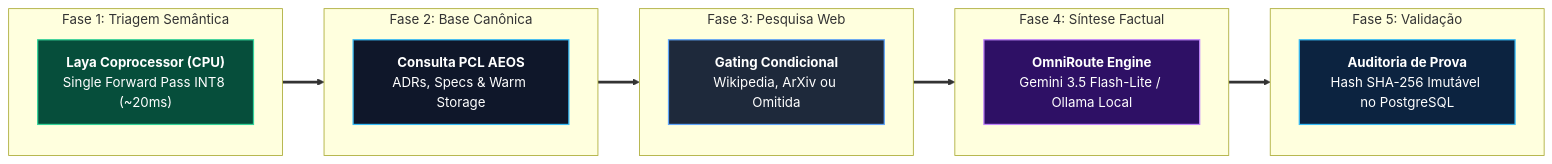
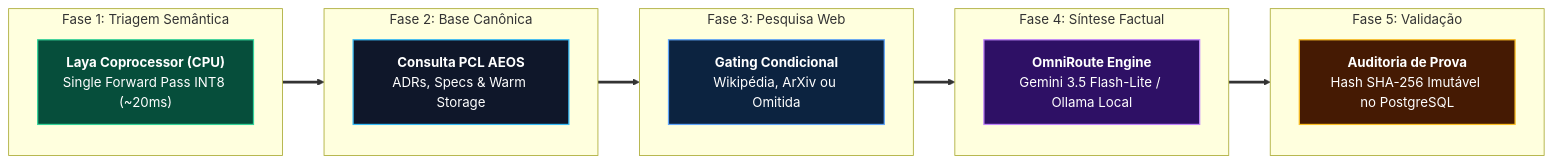
Before and after one commit to EnterDufter/PromptCoreLabs_AEOS: the second of 2 diagrams in knowledge/warm/cockpit/PCL_COCKPIT_SPEC_V3.6.md, drawn with Mermaid. The commit also changed other lines of this file and 34 other files, not shown here.

First line of the commit message:
docs(aeos-v3.6): upgrade complete repository & Living Architecture portal with pure UTF-8, Dual-Track narrative & Cortex v7 diagrams

````diff
--- a/knowledge/warm/cockpit/PCL_COCKPIT_SPEC_V3.6.md
+++ b/knowledge/warm/cockpit/PCL_COCKPIT_SPEC_V3.6.md
@@ -69,35 +76,35 @@
 ```mermaid
 flowchart LR
     classDef laya fill:#064e3b,stroke:#34d399,stroke-width:1.5px,color:#ffffff;
     classDef rag fill:#0f172a,stroke:#38bdf8,stroke-width:1.5px,color:#ffffff;
-    classDef search fill:#1e293b,stroke:#60a5fa,stroke-width:1.5px,color:#ffffff;
+    classDef search fill:#0c2340,stroke:#60a5fa,stroke-width:1.5px,color:#ffffff;
     classDef gen fill:#2e1065,stroke:#c084fc,stroke-width:1.5px,color:#ffffff;
-    classDef audit fill:#0c2340,stroke:#38bdf8,stroke-width:1.5px,color:#ffffff;
+    classDef audit fill:#451a03,stroke:#fbbf24,stroke-width:1.5px,color:#ffffff;
 
     subgraph F1["Fase 1: Triagem Semântica"]
         direction TB
         P1["<b>Laya Coprocessor (CPU)</b><br/>Single Forward Pass INT8 (~20ms)"]:::laya
     end
 
     subgraph F2["Fase 2: Base Canônica"]
         direction TB
         P2["<b>Consulta PCL AEOS</b><br/>ADRs, Specs & Warm Storage"]:::rag
     end
 
     subgraph F3["Fase 3: Pesquisa Web"]
         direction TB
-        P3["<b>Gating Condicional</b><br/>Wikipedia, ArXiv ou Omitida"]:::search
+        P3["<b>Gating Condicional</b><br/>Wikipédia, ArXiv ou Omitida"]:::search
     end
 
     subgraph F4["Fase 4: Síntese Factual"]
         direction TB
         P4["<b>OmniRoute Engine</b><br/>Gemini 3.5 Flash-Lite / Ollama Local"]:::gen
     end
 
     subgraph F5["Fase 5: Validação"]
         direction TB
         P5["<b>Auditoria de Prova</b><br/>Hash SHA-256 Imutável no PostgreSQL"]:::audit
     end
 
     F1 ==> F2 ==> F3 ==> F4 ==> F5
 ```
````
